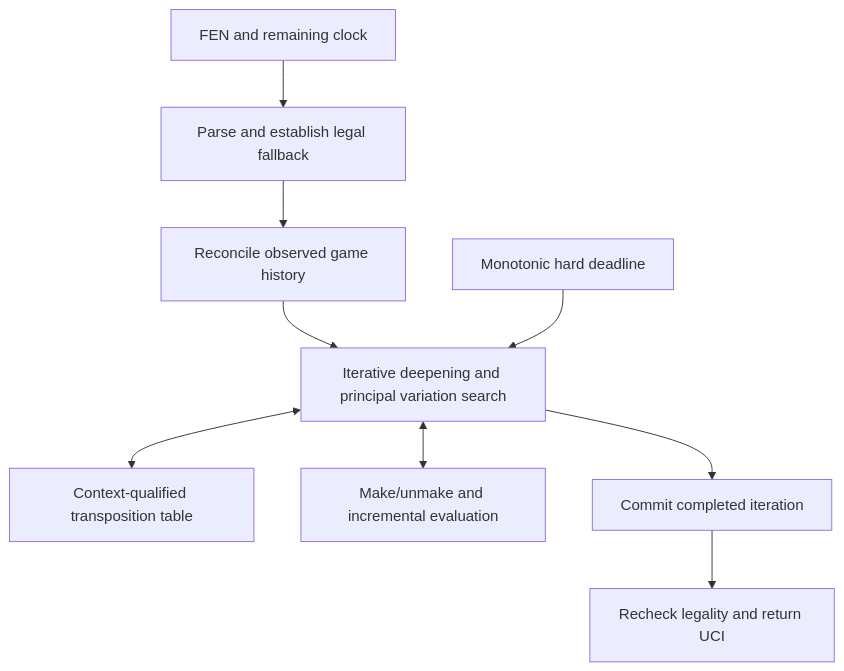
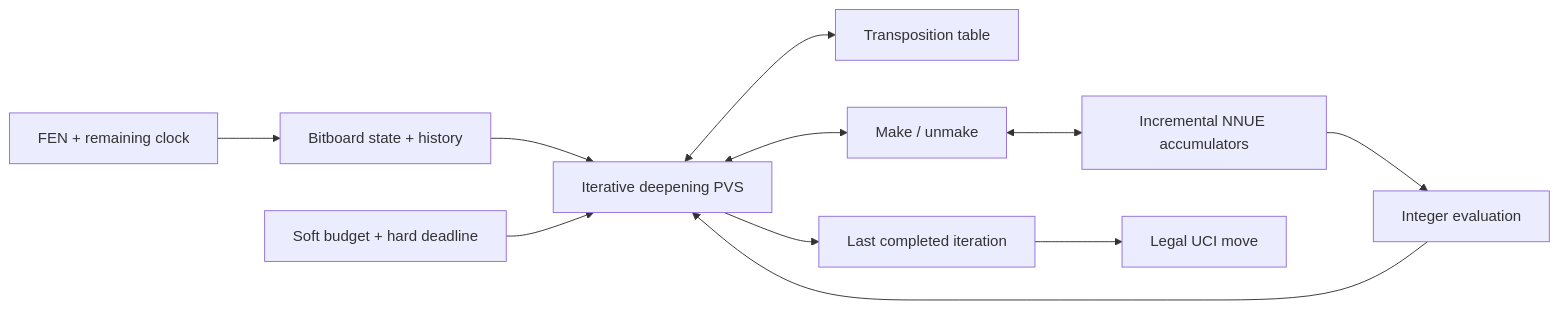
The diagram in README.md (TahaKhanM/AIChessathon), drawn with Mermaid before and after one commit. The commit also changed other lines of this file and 3 other files, not shown here.

First line of the commit message:
Rewrite README around v4 architecture and build process

````diff
--- a/README.md
+++ b/README.md
@@ -46,11 +45,13 @@
 ```mermaid
-flowchart TD
-    A[FEN and remaining clock] --> B[Parse and establish legal fallback]
-    B --> C[Reconcile observed game history]
-    C --> D[Iterative deepening and principal variation search]
-    D <--> E[Context-qualified transposition table]
-    D <--> F[Make/unmake and incremental evaluation]
-    G[Monotonic hard deadline] --> D
-    D --> H[Commit completed iteration]
-    H --> I[Recheck legality and return UCI]
+flowchart LR
+    A[FEN + remaining clock] --> B[Bitboard state + history]
+    B --> C[Iterative deepening PVS]
+    C <--> D[Transposition table]
+    C <--> E[Make / unmake]
+    E <--> F[Incremental NNUE accumulators]
+    F --> G[Integer evaluation]
+    G --> C
+    H[Soft budget + hard deadline] --> C
+    C --> I[Last completed iteration]
+    I --> J[Legal UCI move]
 ```
````
